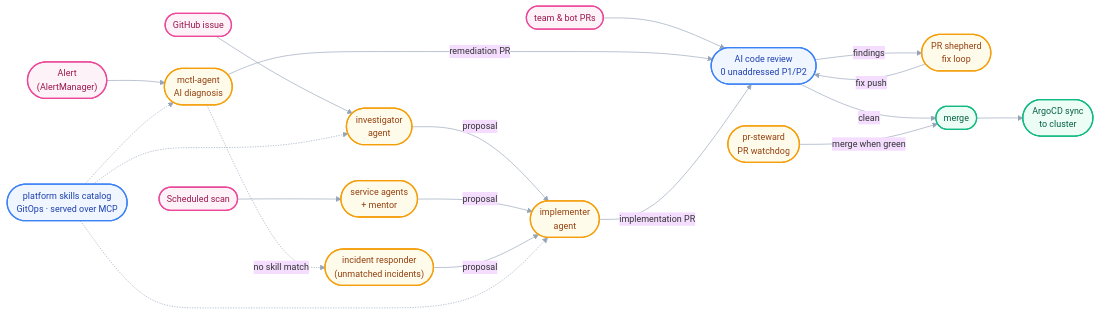
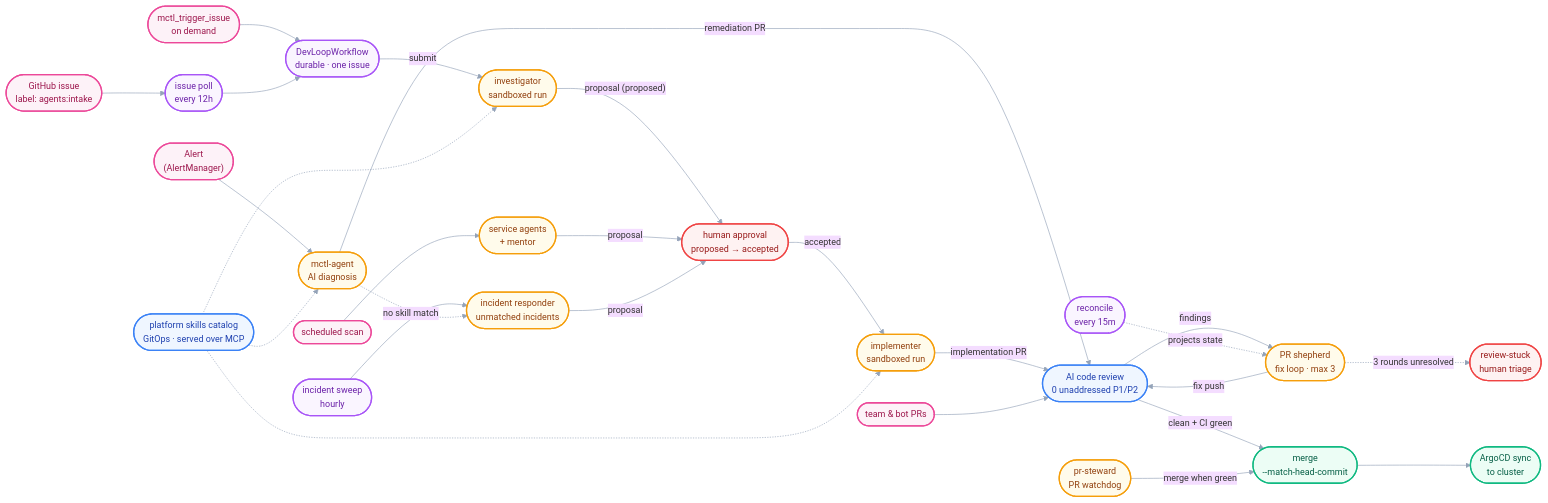
Before and after one commit to mctlhq/.github: the second of 3 diagrams in profile/README.md, drawn with Mermaid. The commit also changed other lines of this file, not shown here.

First line of the commit message:
docs(profile): refresh architecture diagrams, add tenancy view

````diff
--- a/profile/README.md
+++ b/profile/README.md
@@ -141,28 +168,41 @@
 ```mermaid
 %%{init: {'theme': 'base', 'themeVariables': {'lineColor': '#94a3b8', 'fontSize': '14px'}}}%%
 graph LR
   classDef trig fill:#fdf2f8,stroke:#ec4899,stroke-width:2px,color:#9d174d
+  classDef orch fill:#faf5ff,stroke:#a855f7,stroke-width:2px,color:#6b21a8
   classDef agent fill:#fffbeb,stroke:#f59e0b,stroke-width:2px,color:#92400e
+  classDef human fill:#fef2f2,stroke:#ef4444,stroke-width:2px,color:#991b1b
   classDef gate fill:#eff6ff,stroke:#3b82f6,stroke-width:2px,color:#1e40af
   classDef done fill:#ecfdf5,stroke:#10b981,stroke-width:2px,color:#065f46
 
+  Issue(["GitHub issue<br/>label: agents:intake"]):::trig --> Poll(["issue poll<br/>every 12h"]):::orch
+  Ask(["mctl_trigger_issue<br/>on demand"]):::trig --> DevLoop
+  Poll --> DevLoop(["DevLoopWorkflow<br/>durable · one issue"]):::orch
   Alert(["Alert<br/>(AlertManager)"]):::trig --> SelfHeal(["mctl-agent<br/>AI diagnosis"]):::agent
-  Issue(["GitHub issue"]):::trig --> Investigator(["investigator<br/>agent"]):::agent
-  Scan(["Scheduled scan"]):::trig --> Tier1(["service agents<br/>+ mentor"]):::agent
-  TeamPR(["team & bot PRs"]):::trig --> Review(["AI code review<br/>0 unaddressed P1/P2"]):::gate
-  SelfHeal -. "no skill match" .-> Responder(["incident responder<br/>(unmatched incidents)"]):::agent
-  Investigator -- proposal --> Implementer(["implementer<br/>agent"]):::agent
-  Tier1 -- proposal --> Implementer
-  Responder -- proposal --> Implementer
+  Incidents(["incident sweep<br/>hourly"]):::orch --> Responder(["incident responder<br/>unmatched incidents"]):::agent
+  Scan(["scheduled scan"]):::trig --> Tier1(["service agents<br/>+ mentor"]):::agent
+
+  DevLoop -- submit --> Investigator(["investigator<br/>sandboxed run"]):::agent
+  Investigator -- "proposal (proposed)" --> Approve
+  Tier1 -- proposal --> Approve
+  Responder -- proposal --> Approve(["human approval<br/>proposed → accepted"]):::human
+  Approve -- accepted --> Implementer(["implementer<br/>sandboxed run"]):::agent
+
+  SelfHeal -. "no skill match" .-> Responder
   SelfHeal -- remediation PR --> Review
-  Implementer -- implementation PR --> Review
-  Review -- findings --> Shepherd(["PR shepherd<br/>fix loop"]):::agent
+  Implementer -- implementation PR --> Review(["AI code review<br/>0 unaddressed P1/P2"]):::gate
+  TeamPR(["team & bot PRs"]):::trig --> Review
+
+  Review -- findings --> Shepherd(["PR shepherd<br/>fix loop · max 3"]):::agent
   Shepherd -- fix push --> Review
-  Review -- clean --> Merge(["merge"]):::done
+  Shepherd -. "3 rounds unresolved" .-> Stuck(["review-stuck<br/>human triage"]):::human
+  Review -- clean + CI green --> Merge(["merge<br/>--match-head-commit"]):::done
   Steward(["pr-steward<br/>PR watchdog"]):::agent -- merge when green --> Merge
   Merge --> Sync(["ArgoCD sync<br/>to cluster"]):::done
+  Reconcile(["reconcile<br/>every 15m"]):::orch -. projects state .-> Shepherd
+
   Skills(["platform skills catalog<br/>GitOps · served over MCP"]):::gate
   Skills -.-> SelfHeal
   Skills -.-> Investigator
   Skills -.-> Implementer
 ```
````
